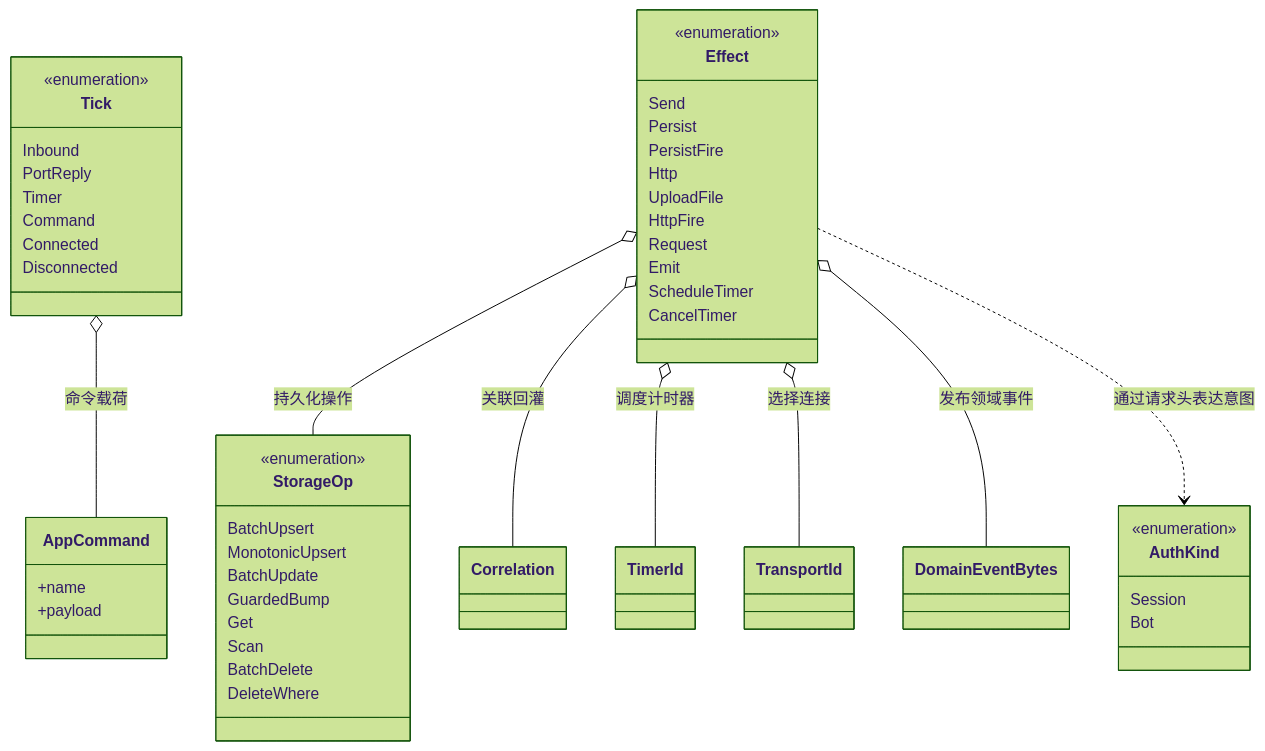
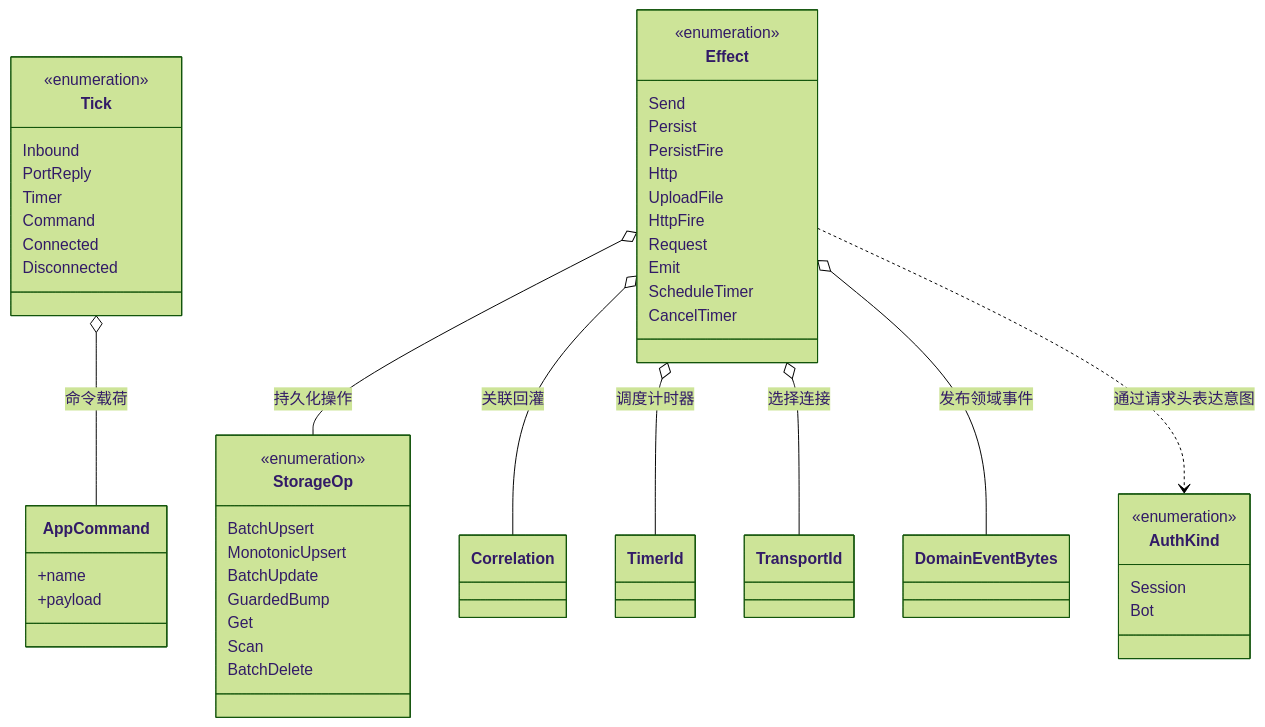
Before and after one commit to zxs1633079383/helix: the third of 11 diagrams in docs/架构索引/01-helix-core.md, drawn with Mermaid (forest theme). The commit also changed other lines of this file and 6 other files, not shown here.

````diff
--- a/docs/架构索引/01-helix-core.md
+++ b/docs/架构索引/01-helix-core.md
@@ -88,56 +88,55 @@
 ```mermaid
 classDiagram
   class Tick {
     <<enumeration>>
     Inbound
     PortReply
     Timer
     Command
     Connected
     Disconnected
   }
   class AppCommand {
     +name
     +payload
   }
   class Effect {
     <<enumeration>>
     Send
     Persist
     PersistFire
     Http
     UploadFile
     HttpFire
     Request
     Emit
     ScheduleTimer
     CancelTimer
   }
   class StorageOp {
     <<enumeration>>
     BatchUpsert
     MonotonicUpsert
     BatchUpdate
     GuardedBump
     Get
     Scan
     BatchDelete
-    DeleteWhere
   }
   class Correlation
   class TimerId
   class TransportId
   class DomainEventBytes
   class AuthKind {
     <<enumeration>>
     Session
     Bot
   }
   Tick o-- AppCommand : 命令载荷
   Effect o-- StorageOp : 持久化操作
   Effect o-- Correlation : 关联回灌
   Effect o-- TimerId : 调度计时器
   Effect o-- TransportId : 选择连接
   Effect o-- DomainEventBytes : 发布领域事件
   Effect ..> AuthKind : 通过请求头表达意图
 ```
````
